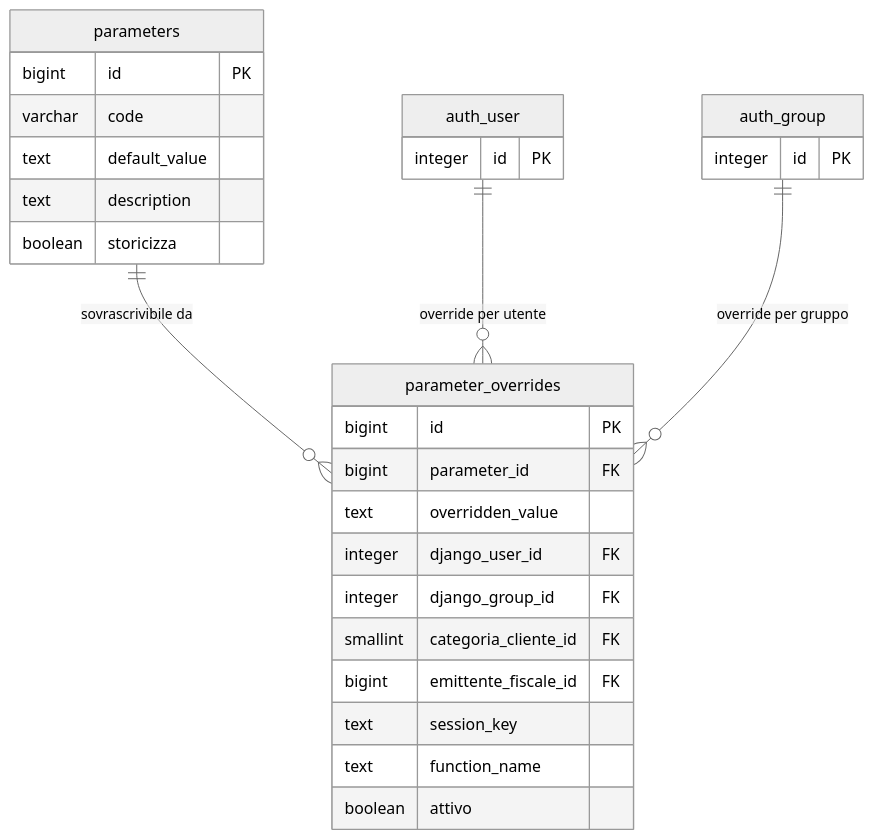
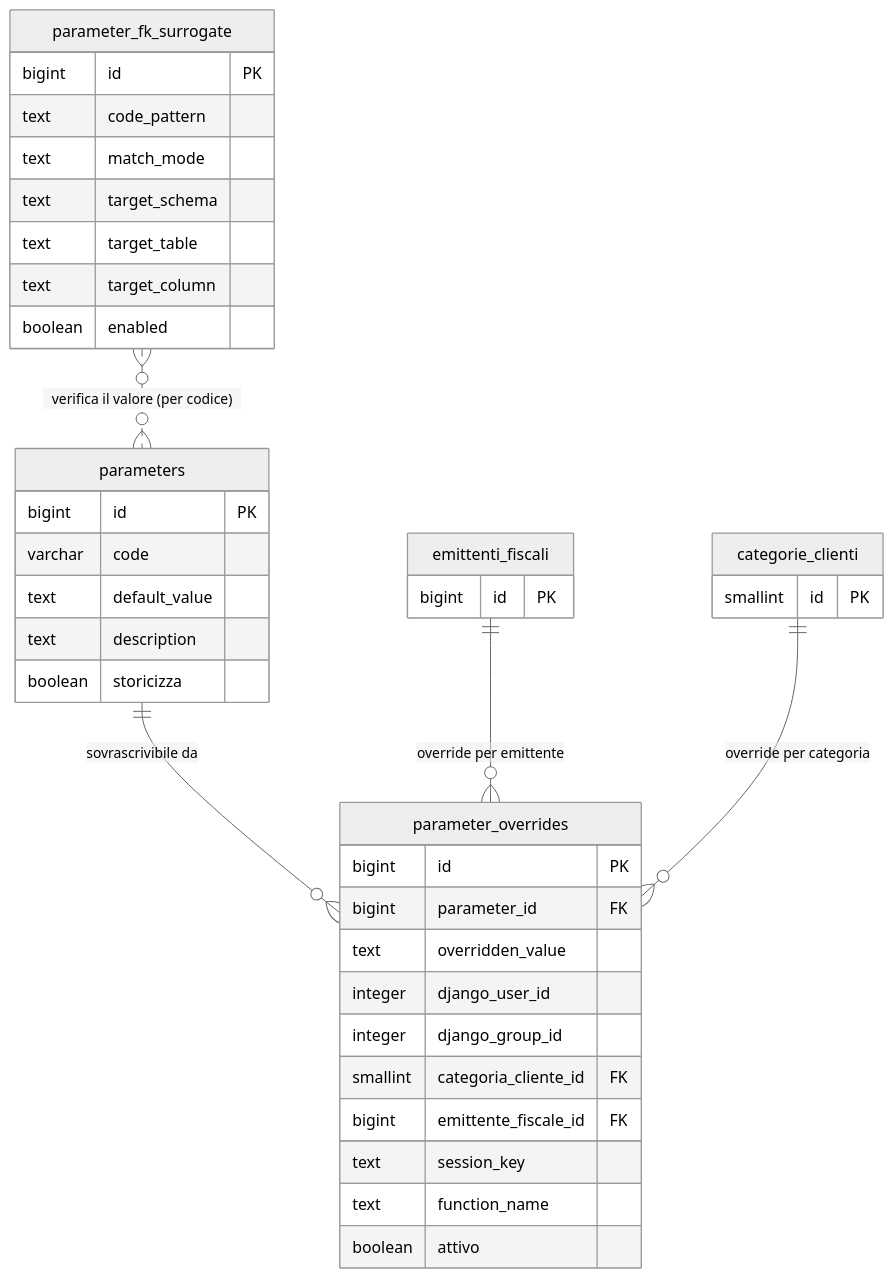
Before and after one commit to Tito-it/ZeroErp: the diagram in docs/it/guide/configurazione-e-gestione-parametri.md, drawn with Mermaid (neutral theme). The commit also changed other lines of this file and 4 other files, not shown here.

````diff
--- a/docs/it/guide/configurazione-e-gestione-parametri.md
+++ b/docs/it/guide/configurazione-e-gestione-parametri.md
@@ -245,35 +317,46 @@
 ```mermaid
 erDiagram
     parameters {
         bigint id PK
         varchar code
         text default_value
         text description
         boolean storicizza
     }
 
     parameter_overrides {
         bigint id PK
         bigint parameter_id FK
         text overridden_value
-        integer django_user_id FK
-        integer django_group_id FK
+        integer django_user_id
+        integer django_group_id
         smallint categoria_cliente_id FK
         bigint emittente_fiscale_id FK
         text session_key
         text function_name
         boolean attivo
     }
 
-    auth_user {
-        integer id PK
+    parameter_fk_surrogate {
+        bigint id PK
+        text code_pattern
+        text match_mode
+        text target_schema
+        text target_table
+        text target_column
+        boolean enabled
     }
 
-    auth_group {
-        integer id PK
+    emittenti_fiscali {
+        bigint id PK
+    }
+
+    categorie_clienti {
+        smallint id PK
     }
 
     parameters ||--o{ parameter_overrides : "sovrascrivibile da"
-    auth_user ||--o{ parameter_overrides : "override per utente"
-    auth_group ||--o{ parameter_overrides : "override per gruppo"
+    emittenti_fiscali ||--o{ parameter_overrides : "override per emittente"
+    categorie_clienti ||--o{ parameter_overrides : "override per categoria"
+    parameter_fk_surrogate }o..o{ parameters : "verifica il valore (per codice)"
 ```
````
